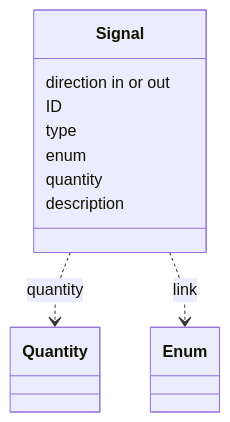
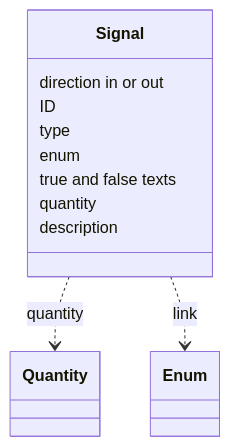
Diagram 21 of 51 in metadata/draft.md (AlexandreGallais/synoptic-studio-spec), drawn with Mermaid before and after one commit. The commit also changed other lines of this file and 2 other files, not shown here.

````diff
--- a/metadata/draft.md
+++ b/metadata/draft.md
@@ -520,15 +521,16 @@
 ```mermaid
 classDiagram
     class Signal {
         direction in or out
         ID
         type
         enum
+        true and false texts
         quantity
         description
     }
     class Quantity
     class Enum
     Signal ..> Quantity : quantity
     Signal ..> Enum : link
 ```
````
